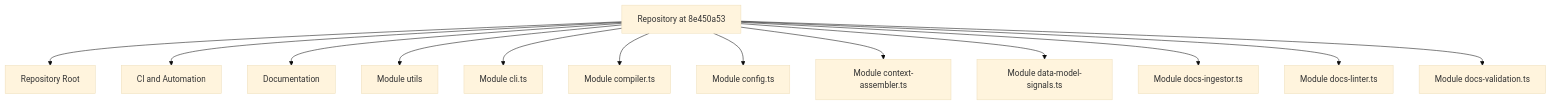
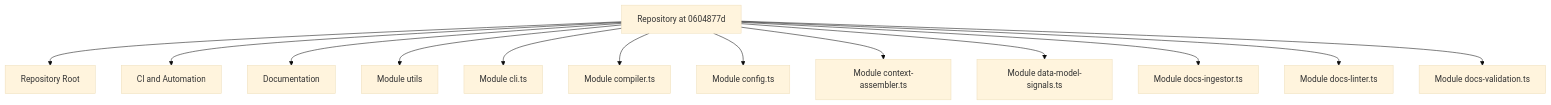
One commit to mfittko/repo-wiki changed the diagram in Architecture.md. Above: the diagram before and after it, drawn with Mermaid (base theme). The commit also changed other lines of this file and 43 other files, not shown here.

````diff
--- a/Architecture.md
+++ b/Architecture.md
@@ -14,16 +14,16 @@
 ```mermaid
 flowchart TD
-  Repo[Repository at 8e450a53]
+  Repo[Repository at 0604877d]
   Repo --> M0[Repository Root]
   Repo --> M1[CI and Automation]
   Repo --> M2[Documentation]
   Repo --> M3[Module utils]
   Repo --> M4[Module cli.ts]
   Repo --> M5[Module compiler.ts]
   Repo --> M6[Module config.ts]
   Repo --> M7[Module context-assembler.ts]
   Repo --> M8[Module data-model-signals.ts]
   Repo --> M9[Module docs-ingestor.ts]
   Repo --> M10[Module docs-linter.ts]
   Repo --> M11[Module docs-validation.ts]
 ```
````
